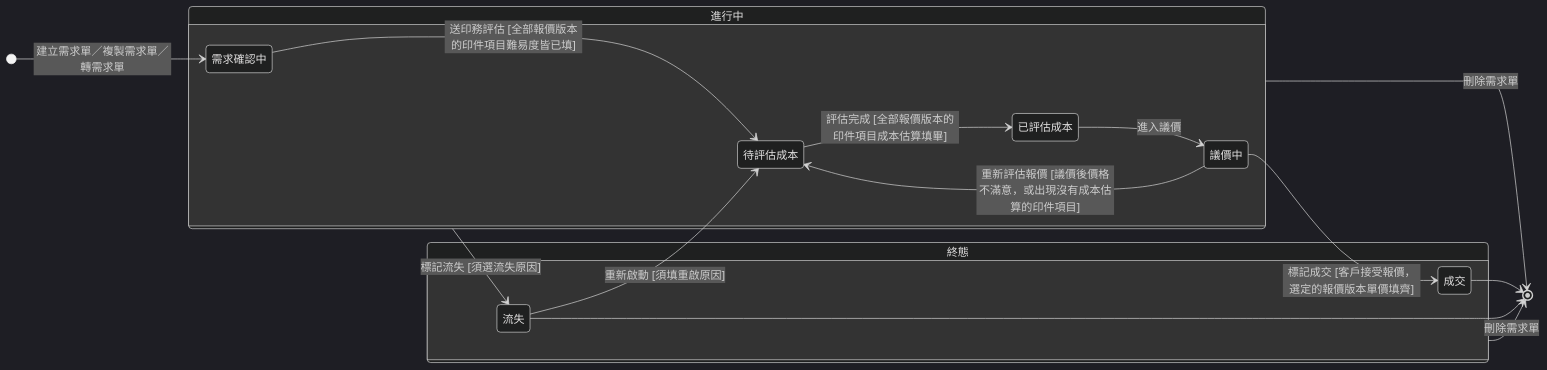
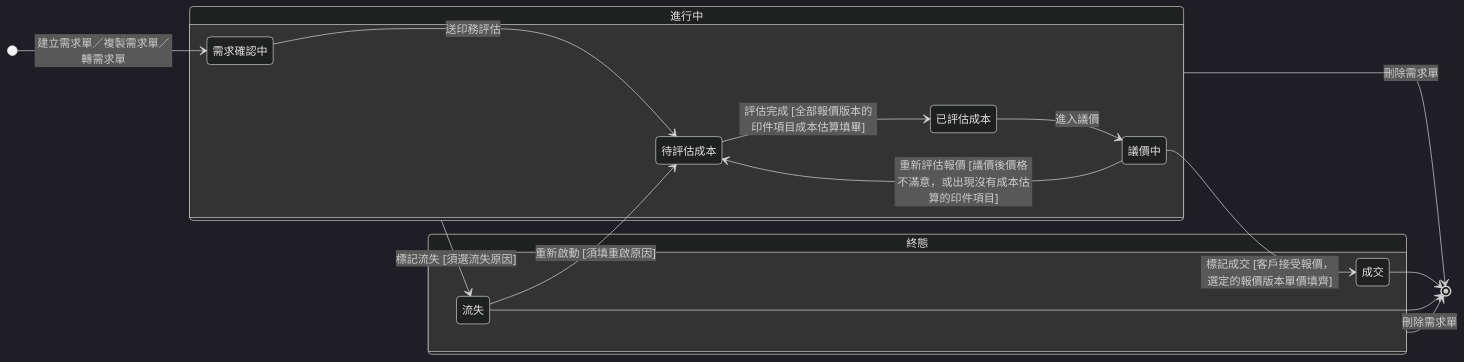
The diagram in memory/Sens_wiki/wiki/erp/06-state-machines/需求單狀態.md (Kawato-Miles/erp-spec), drawn with Mermaid (dark theme) before and after one commit. The commit also changed other lines of this file and 4 other files, not shown here.

````diff
--- a/memory/Sens_wiki/wiki/erp/06-state-machines/需求單狀態.md
+++ b/memory/Sens_wiki/wiki/erp/06-state-machines/需求單狀態.md
@@ -48,32 +48,32 @@
 ```mermaid
 stateDiagram-v2
     direction LR
 
     [*] --> s_confirm : 建立需求單／複製需求單／轉需求單
 
     state "進行中" as InProgress {
         direction LR
         state "需求確認中" as s_confirm
         state "待評估成本" as s_wait
         state "已評估成本" as s_est
         state "議價中" as s_nego
-        s_confirm --> s_wait : 送印務評估 [全部報價版本的印件項目難易度皆已填]
+        s_confirm --> s_wait : 送印務評估
         s_wait --> s_est : 評估完成 [全部報價版本的印件項目成本估算填畢]
         s_est --> s_nego : 進入議價
         s_nego --> s_wait : 重新評估報價 [議價後價格不滿意，或出現沒有成本估算的印件項目]
     }
 
     state "終態" as Final {
         state "成交" as s_won
         state "流失" as s_lost
     }
 
     s_nego --> s_won : 標記成交 [客戶接受報價，選定的報價版本單價填齊]
     InProgress --> s_lost : 標記流失 [須選流失原因]
     s_lost --> s_wait : 重新啟動 [須填重啟原因]
 
     s_won --> [*]
     s_lost --> [*]
     InProgress --> [*] : 刪除需求單
     Final --> [*] : 刪除需求單
 ```
````
